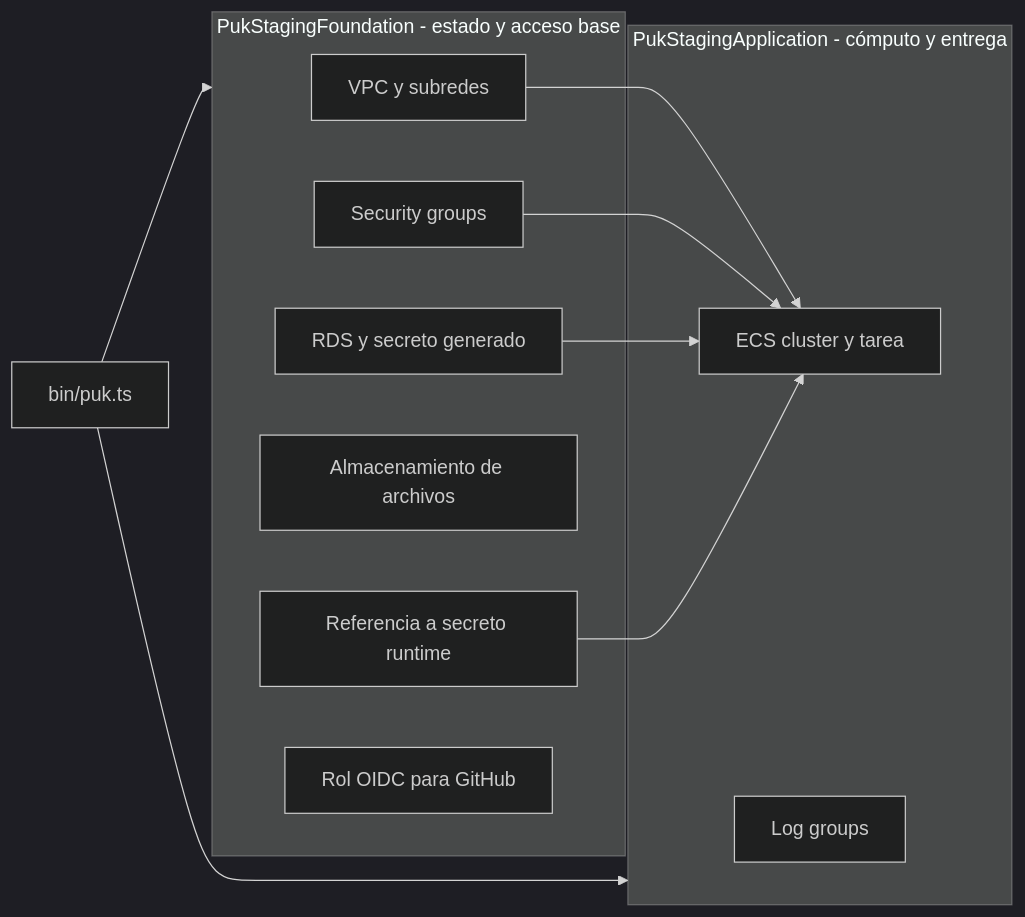
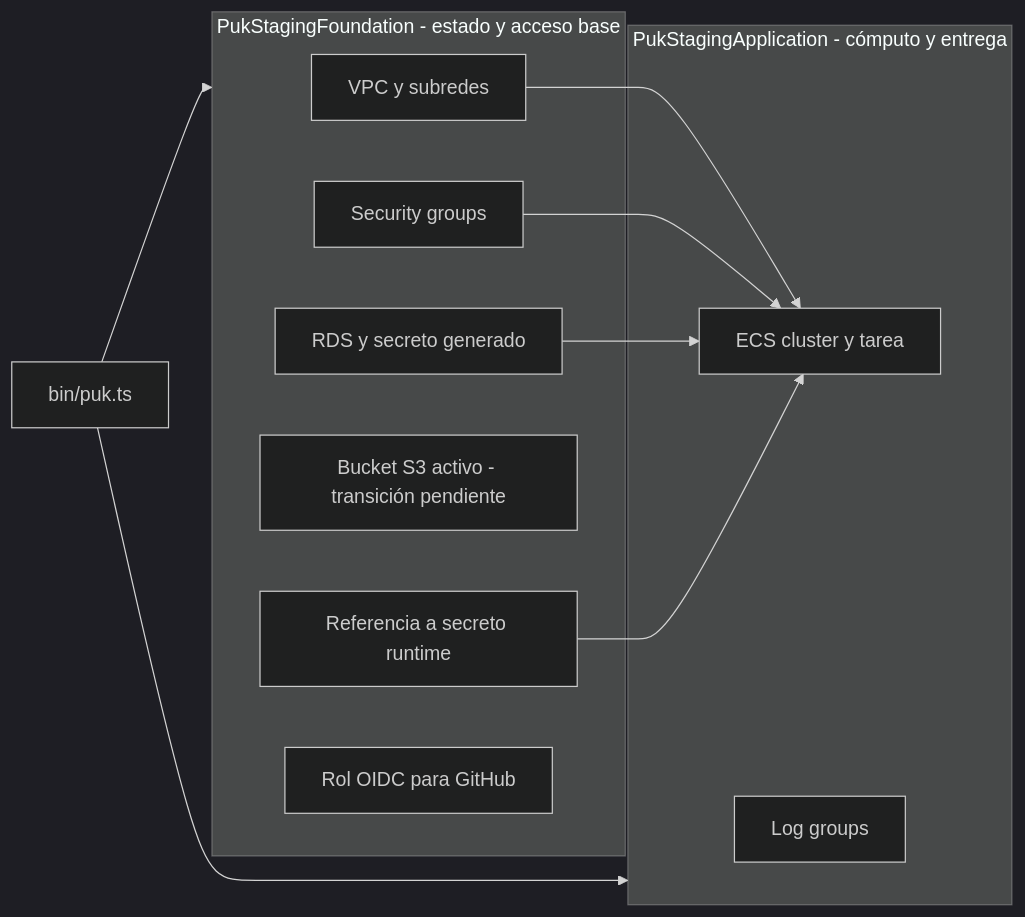
Before and after one commit to luistorres-idt/puk: the third of 5 diagrams in docs/technical/infrastructure-and-operations.md, drawn with Mermaid (dark theme). The commit also changed other lines of this file and 10 other files, not shown here.

````diff
--- a/docs/technical/infrastructure-and-operations.md
+++ b/docs/technical/infrastructure-and-operations.md
@@ -137,25 +153,25 @@
 ```mermaid
 flowchart LR
     App[bin/puk.ts]
 
     subgraph Foundation[PukStagingFoundation - estado y acceso base]
         V[VPC y subredes]
         SG[Security groups]
         DB[RDS y secreto generado]
-        B[Almacenamiento de archivos]
+        B[Bucket S3 activo - transición pendiente]
         RS[Referencia a secreto runtime]
         Role[Rol OIDC para GitHub]
     end
 
     subgraph Application[PukStagingApplication - cómputo y entrega]
         C[ECS cluster y tarea]
         Logs[Log groups]
     end
 
     App --> Foundation
     App --> Application
     V --> C
     SG --> C
     DB --> C
     RS --> C
 ```
````
